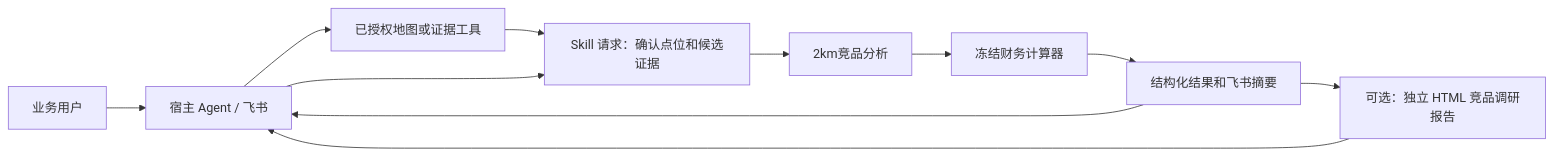
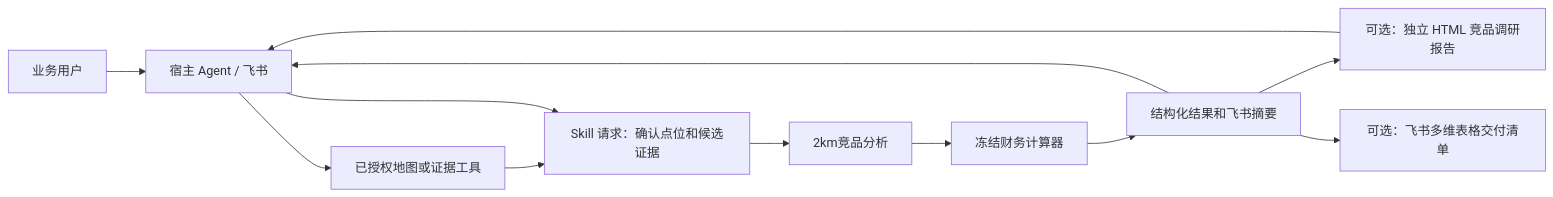
The diagram in docs/ARCHITECTURE.md (laotie567/zhijing-hotel-investment-underwriting), drawn with Mermaid before and after one commit. The commit also changed other lines of this file and 21 other files, not shown here.

````diff
--- a/docs/ARCHITECTURE.md
+++ b/docs/ARCHITECTURE.md
@@ -9,13 +9,14 @@
 ```mermaid
 flowchart LR
     U["业务用户"] --> H["宿主 Agent / 飞书"]
     H --> G["已授权地图或证据工具"]
     G --> R["Skill 请求：确认点位和候选证据"]
     H --> R
     R --> C["2km竞品分析"]
     C --> F["冻结财务计算器"]
     F --> O["结构化结果和飞书摘要"]
     O --> P["可选：独立 HTML 竞品调研报告"]
+    O --> B["可选：飞书多维表格交付清单"]
     O --> H
     P --> H
 ```
````
